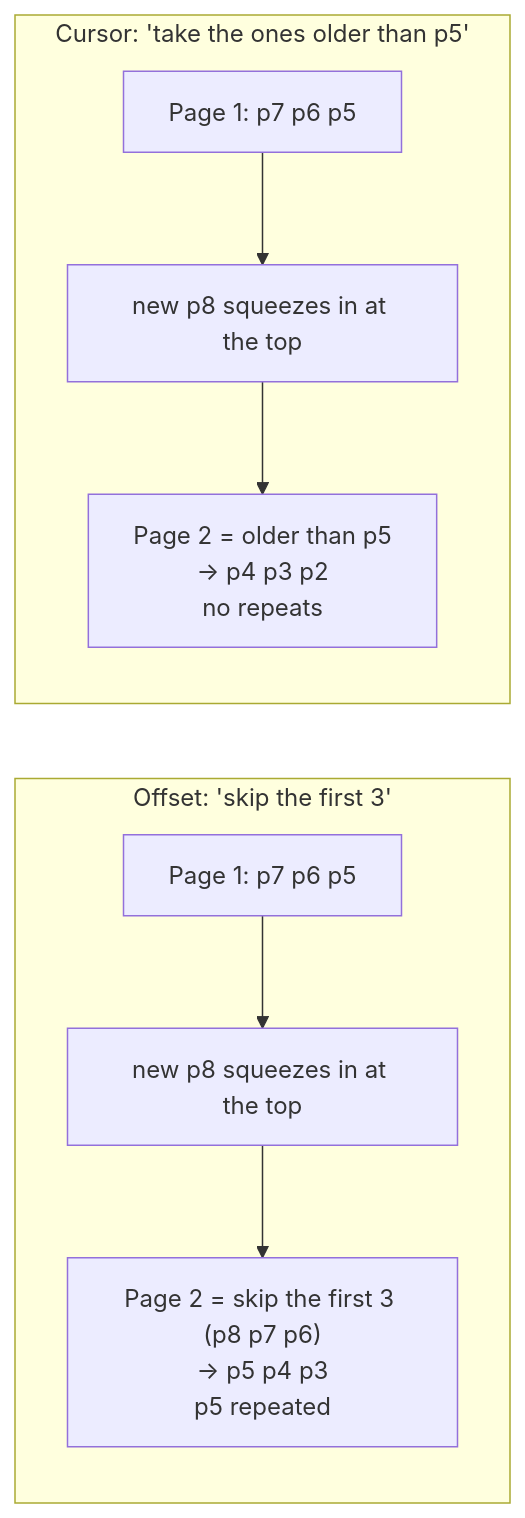
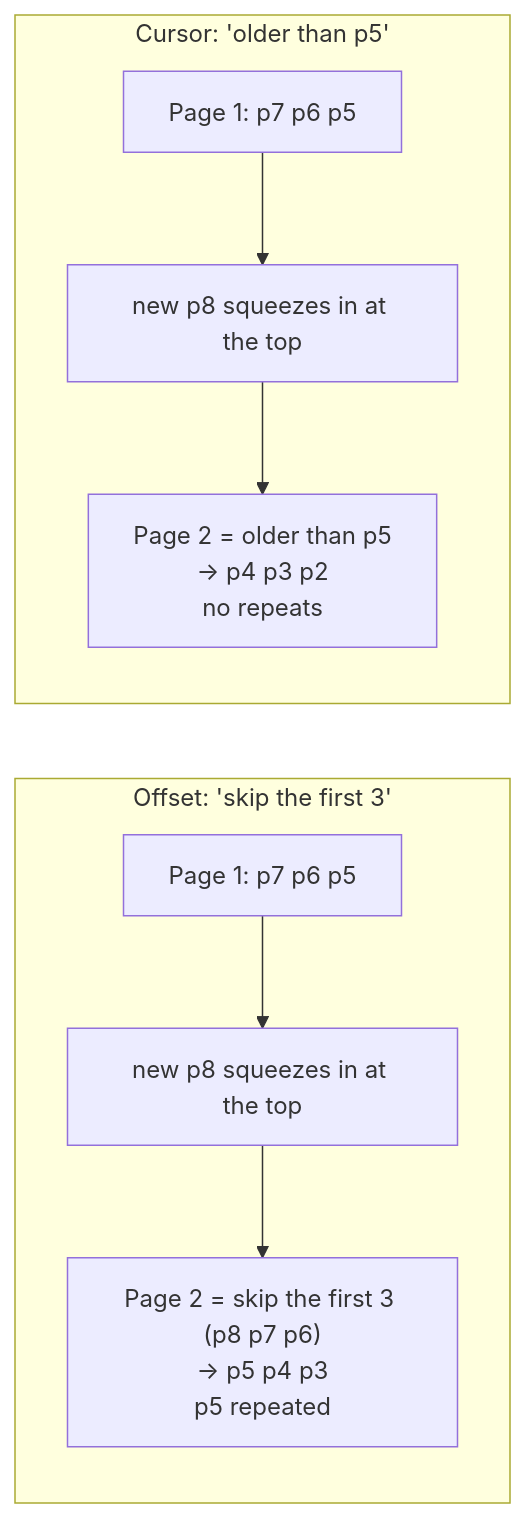
Before and after one commit to duongbui234/software-engineering-atlas: the second of 3 diagrams in content/en/posts/2026-11-18-api-performance.md, drawn with Mermaid. The commit also changed other lines of this file and 134 other files, not shown here.

First line of the commit message:
Fit every Mermaid diagram at 390px without sideways scroll (#56)

````diff
--- a/content/en/posts/2026-11-18-api-performance.md
+++ b/content/en/posts/2026-11-18-api-performance.md
@@ -126,11 +126,11 @@
 ```mermaid
 flowchart LR
     subgraph OFF["Offset: 'skip the first 3'"]
         direction TB
         o1["Page 1: p7 p6 p5"] --> o0["new p8 squeezes in at the top"] --> o2["Page 2 = skip the first 3 (p8 p7 p6)<br/>→ p5 p4 p3<br/>p5 repeated"]
     end
-    subgraph CUR["Cursor: 'take the ones older than p5'"]
+    subgraph CUR["Cursor: 'older than p5'"]
         direction TB
         c1["Page 1: p7 p6 p5"] --> c0["new p8 squeezes in at the top"] --> c2["Page 2 = older than p5<br/>→ p4 p3 p2<br/>no repeats"]
     end
 ```
````
